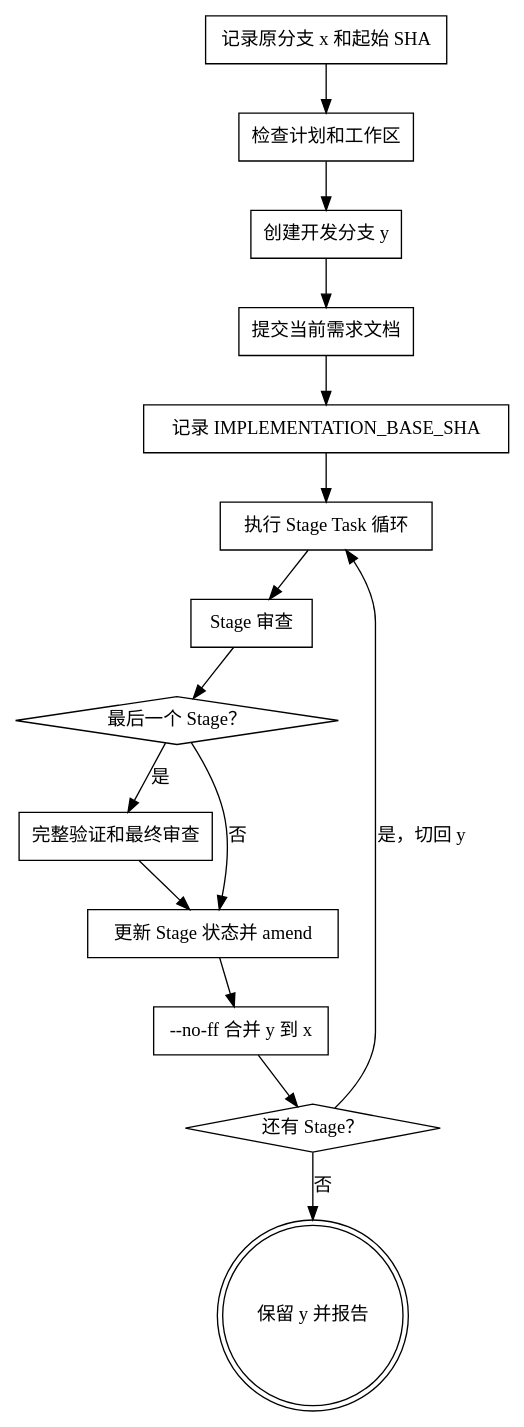
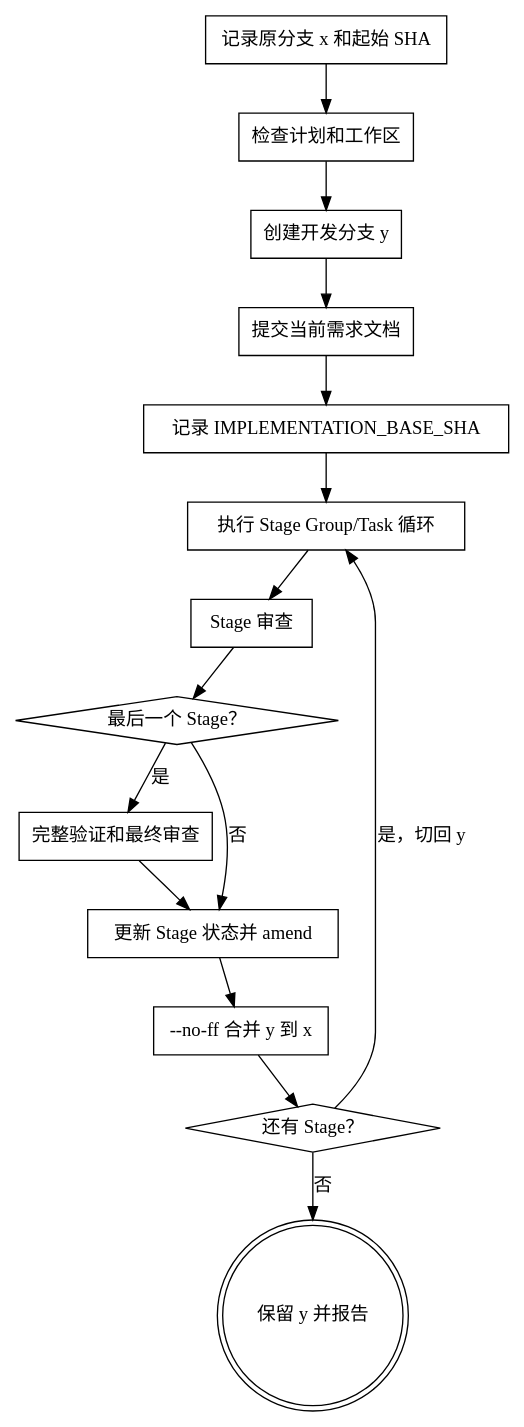
Before and after one commit to DawnMoon1542/agents-skills: the diagram in workflow/smart-exec-plan/SKILL.md, drawn with Graphviz. The commit also changed other lines of this file and 19 other files, not shown here.

````diff
--- a/workflow/smart-exec-plan/SKILL.md
+++ b/workflow/smart-exec-plan/SKILL.md
@@ -45,32 +45,32 @@
 ```dot
 digraph smart_exec {
     "记录原分支 x 和起始 SHA" [shape=box];
     "检查计划和工作区" [shape=box];
     "创建开发分支 y" [shape=box];
     "提交当前需求文档" [shape=box];
     "记录 IMPLEMENTATION_BASE_SHA" [shape=box];
-    "执行 Stage Task 循环" [shape=box];
+    "执行 Stage Group/Task 循环" [shape=box];
     "Stage 审查" [shape=box];
     "最后一个 Stage？" [shape=diamond];
     "完整验证和最终审查" [shape=box];
     "更新 Stage 状态并 amend" [shape=box];
     "--no-ff 合并 y 到 x" [shape=box];
     "还有 Stage？" [shape=diamond];
     "保留 y 并报告" [shape=doublecircle];
 
     "记录原分支 x 和起始 SHA" -> "检查计划和工作区";
     "检查计划和工作区" -> "创建开发分支 y";
     "创建开发分支 y" -> "提交当前需求文档";
     "提交当前需求文档" -> "记录 IMPLEMENTATION_BASE_SHA";
-    "记录 IMPLEMENTATION_BASE_SHA" -> "执行 Stage Task 循环";
-    "执行 Stage Task 循环" -> "Stage 审查";
+    "记录 IMPLEMENTATION_BASE_SHA" -> "执行 Stage Group/Task 循环";
+    "执行 Stage Group/Task 循环" -> "Stage 审查";
     "Stage 审查" -> "最后一个 Stage？";
     "最后一个 Stage？" -> "完整验证和最终审查" [label="是"];
     "最后一个 Stage？" -> "更新 Stage 状态并 amend" [label="否"];
     "完整验证和最终审查" -> "更新 Stage 状态并 amend";
     "更新 Stage 状态并 amend" -> "--no-ff 合并 y 到 x";
     "--no-ff 合并 y 到 x" -> "还有 Stage？";
-    "还有 Stage？" -> "执行 Stage Task 循环" [label="是，切回 y"];
+    "还有 Stage？" -> "执行 Stage Group/Task 循环" [label="是，切回 y"];
     "还有 Stage？" -> "保留 y 并报告" [label="否"];
 }
 ```
````
